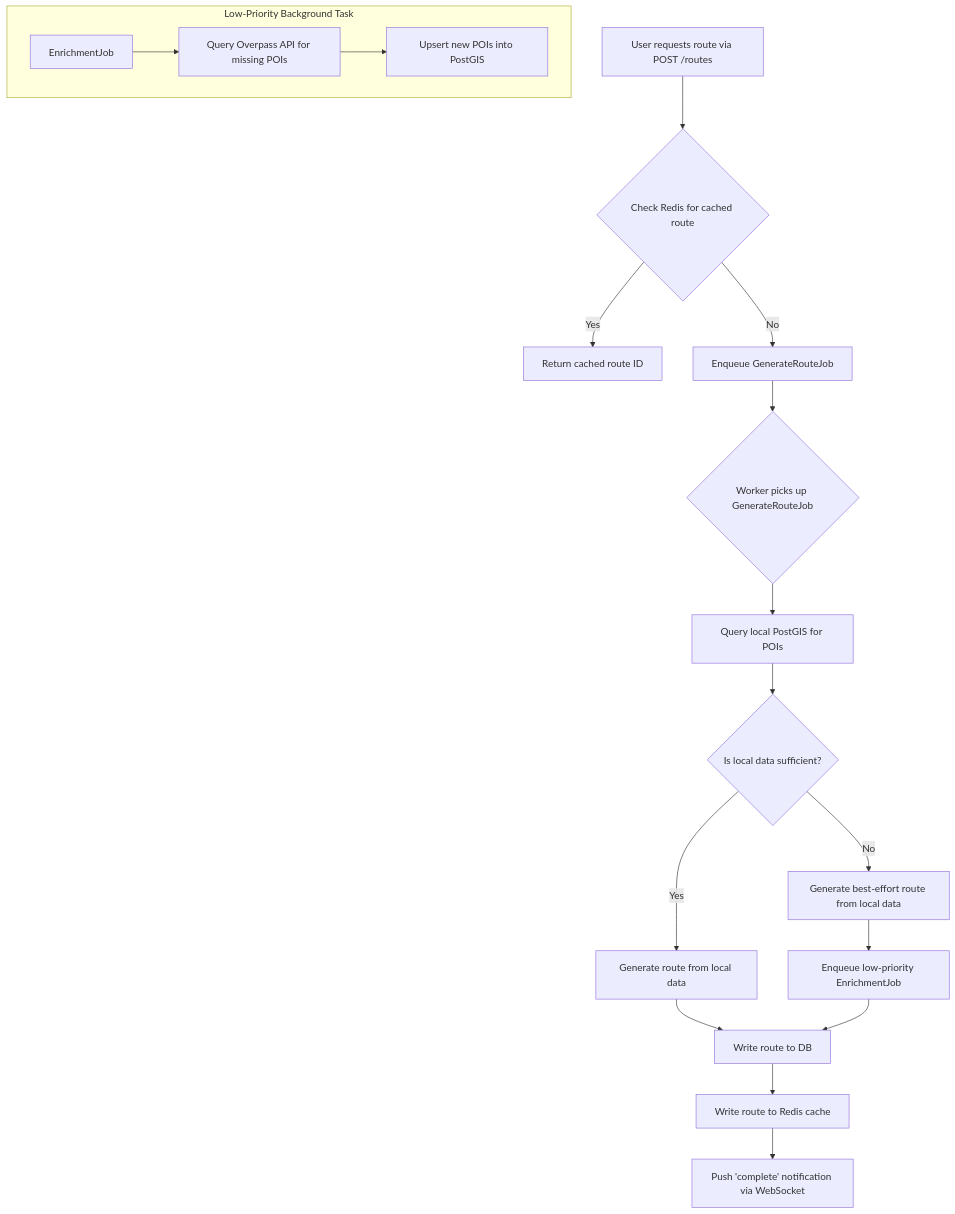
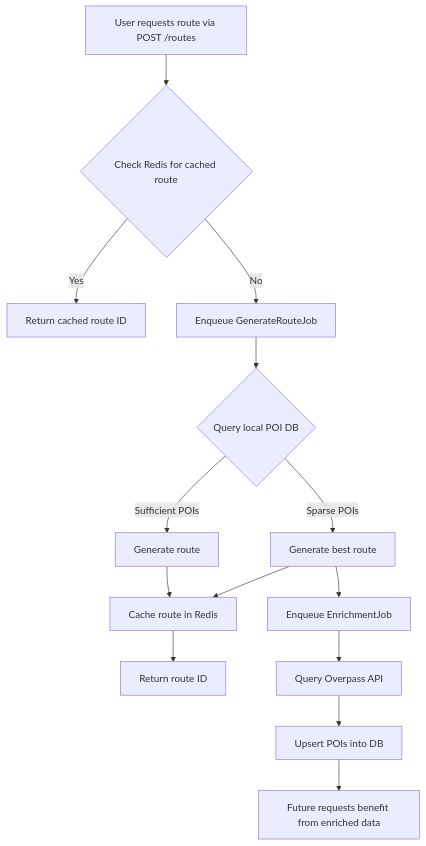
One commit to leynos/wildside changed the third of 4 diagrams in docs/wildside-backend-design.md. Above: the diagram before and after it, drawn with Mermaid. The commit also changed other lines of this file and 1 other file, not shown here.

Commit message:
Add route flow diagram and clean docs

````diff
--- a/docs/wildside-backend-design.md
+++ b/docs/wildside-backend-design.md
@@ -329,21 +330,16 @@
 ```mermaid
 flowchart TD
-    A[User requests route via POST /routes] --> B{Check Redis for cached route};
-    B -- Yes --> C[Return cached route ID];
-    B -- No --> D[Enqueue GenerateRouteJob];
-    D --> E{Worker picks up GenerateRouteJob};
-    E --> F[Query local PostGIS for POIs];
-    F --> G{Is local data sufficient?};
-    G -- Yes --> H[Generate route from local data];
-    G -- No --> I[Generate best-effort route from local data];
-    I --> J[Enqueue low-priority EnrichmentJob];
-    H --> K[Write route to DB];
-    J --> K;
-    K --> L[Write route to Redis cache];
-    L --> M[Push 'complete' notification via WebSocket];
-
-    subgraph "Low-Priority Background Task"
-    Z[EnrichmentJob] --> Y[Query Overpass API for missing POIs];
-    Y --> X[Upsert new POIs into PostGIS];
-    end
+    A[User requests route via POST /routes] --> B{Check Redis for cached route}
+    B -- Yes --> C[Return cached route ID]
+    B -- No --> D[Enqueue GenerateRouteJob]
+    D --> E{Query local POI DB}
+    E -- Sufficient POIs --> F[Generate route]
+    E -- Sparse POIs --> G[Generate best route]
+    G --> H[Enqueue EnrichmentJob]
+    F --> I[Cache route in Redis]
+    G --> I
+    I --> J[Return route ID]
+    H --> K[Query Overpass API]
+    K --> L[Upsert POIs into DB]
+    L --> M[Future requests benefit from enriched data]
 ```
````
